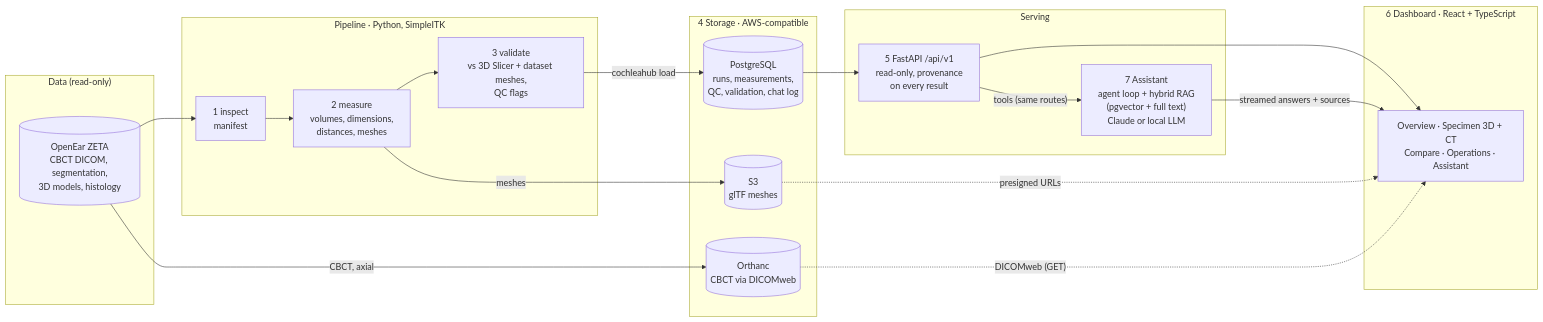
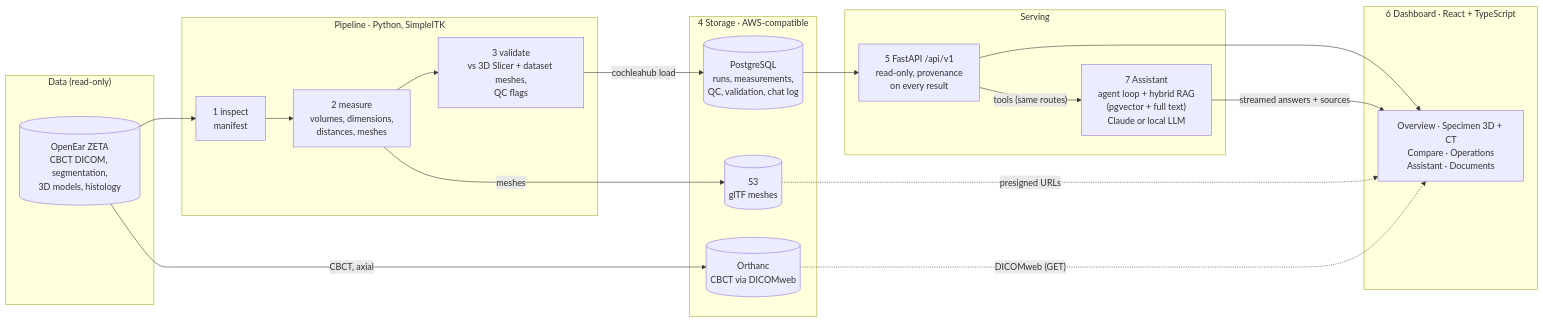
One commit to ZeeetOne/CochleaHub changed the first of 2 diagrams in README.md. Above: the diagram before and after it, drawn with Mermaid. The commit also changed other lines of this file and 4 other files, not shown here.

````diff
--- a/README.md
+++ b/README.md
@@ -17,39 +17,39 @@
 ```mermaid
 flowchart LR
     subgraph data["Data (read-only)"]
         DS[("OpenEar ZETA<br/>CBCT DICOM, segmentation,<br/>3D models, histology")]
     end
 
     subgraph pipeline["Pipeline · Python, SimpleITK"]
         P1["1 inspect<br/>manifest"]
         P2["2 measure<br/>volumes, dimensions,<br/>distances, meshes"]
         P3["3 validate<br/>vs 3D Slicer + dataset meshes,<br/>QC flags"]
         P1 --> P2 --> P3
     end
 
     subgraph storage["4 Storage · AWS-compatible"]
         PG[("PostgreSQL<br/>runs, measurements,<br/>QC, validation, chat log")]
         S3[("S3<br/>glTF meshes")]
         OR[("Orthanc<br/>CBCT via DICOMweb")]
     end
 
     subgraph serve["Serving"]
         API["5 FastAPI /api/v1<br/>read-only, provenance<br/>on every result"]
         AS["7 Assistant<br/>agent loop + hybrid RAG<br/>(pgvector + full text)<br/>Claude or local LLM"]
     end
 
     subgraph ui["6 Dashboard · React + TypeScript"]
-        UI["Overview · Specimen 3D + CT<br/>Compare · Operations · Assistant"]
+        UI["Overview · Specimen 3D + CT<br/>Compare · Operations<br/>Assistant · Documents"]
     end
 
     DS --> P1
     DS -- "CBCT, axial" --> OR
     P3 -- "cochleahub load" --> PG
     P2 -- "meshes" --> S3
     PG --> API
     S3 -. "presigned URLs" .-> UI
     OR -. "DICOMweb (GET)" .-> UI
     API --> UI
     API -- "tools (same routes)" --> AS
     AS -- "streamed answers + sources" --> UI
 ```
````
